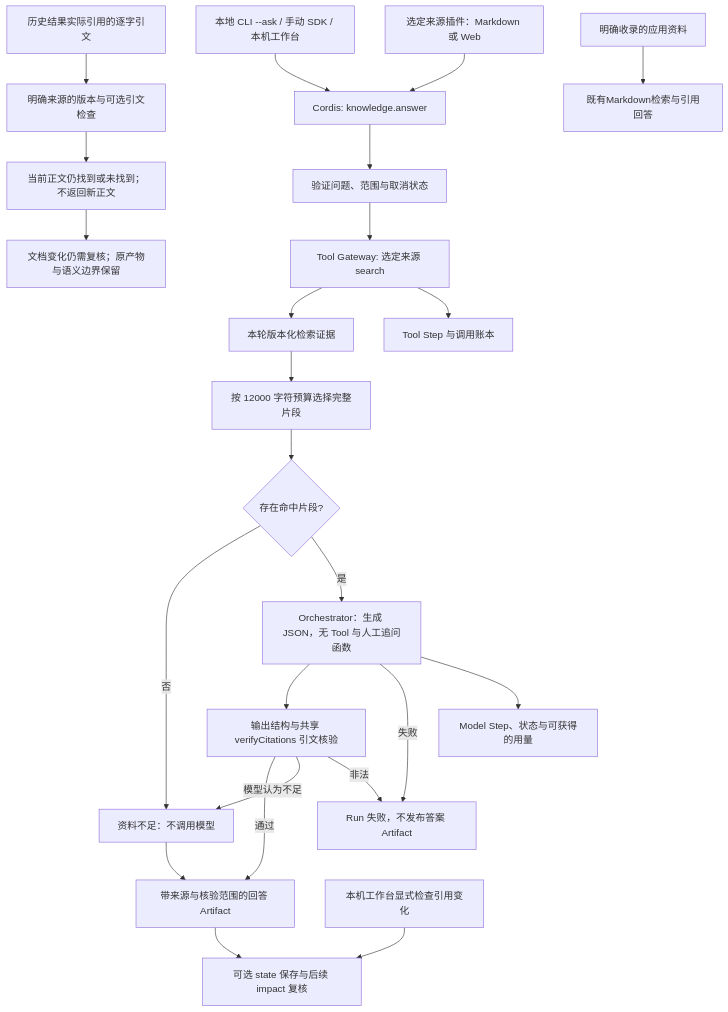
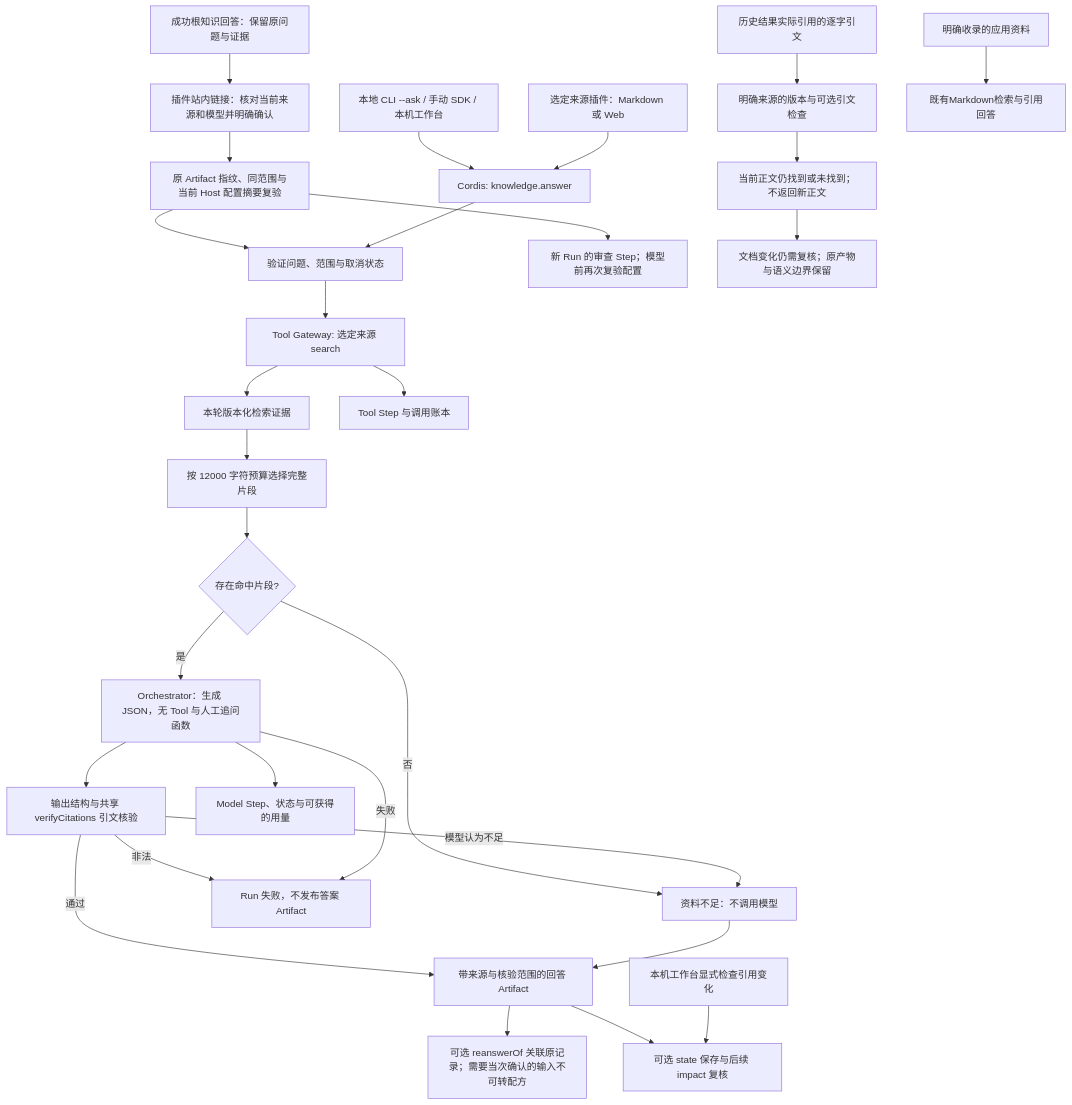
One commit to KlayPeter/AI-Delivery-Ops-Agent changed the first of 4 diagrams in backend/src/knowledge/answer/FEATURE.md. Above: the diagram before and after it, drawn with Mermaid. The commit also changed other lines of this file and 35 other files, not shown here.

````diff
--- a/backend/src/knowledge/answer/FEATURE.md
+++ b/backend/src/knowledge/answer/FEATURE.md
@@ -22,26 +22,31 @@
 ```mermaid
 flowchart TD
+    OLD_ANSWER[成功根知识回答：保留原问题与证据] --> REANSWER_FORM[插件站内链接：核对当前来源和模型并明确确认]
+    REANSWER_FORM --> REANSWER_GUARD[原 Artifact 指纹、同范围与当前 Host 配置摘要复验]
+    REANSWER_GUARD --> V
+    REANSWER_GUARD --> REANSWER_RECEIPT[新 Run 的审查 Step；模型前再次复验配置]
+    R --> REANSWER_LINEAGE[可选 reanswerOf 关联原记录；需要当次确认的输入不可转配方]
     QUOTED_HISTORY[历史结果实际引用的逐字引文] --> QUOTE_SOURCE[明确来源的版本与可选引文检查]
     QUOTE_SOURCE --> QUOTE_DETAIL[当前正文仍找到或未找到；不返回新正文]
     QUOTE_DETAIL --> QUOTE_REVIEW[文档变化仍需复核；原产物与语义边界保留]
     U[本地 CLI --ask / 手动 SDK / 本机工作台] --> P[Cordis: knowledge.answer]
     S[选定来源插件：Markdown 或 Web] --> P
     P --> V[验证问题、范围与取消状态]
     V --> T[Tool Gateway: 选定来源 search]
     T --> E[本轮版本化检索证据]
     E --> C[按 12000 字符预算选择完整片段]
     C --> N{存在命中片段?}
     N -- 否 --> A[资料不足：不调用模型]
     N -- 是 --> M[Orchestrator：生成 JSON，无 Tool 与人工追问函数]
     M --> K[输出结构与共享 verifyCitations 引文核验]
     R --> HI[可选 state 保存与后续 impact 复核]
     UI[本机工作台显式检查引用变化] --> HI
     K -- 通过 --> R[带来源与核验范围的回答 Artifact]
     K -- 模型认为不足 --> A
     K -- 非法 --> F[Run 失败，不发布答案 Artifact]
     M -- 失败 --> F
     T --> L[Tool Step 与调用账本]
     M --> L2[Model Step、状态与可获得的用量]
     A --> R
     KLIB[明确收录的应用资料] --> KLR[既有Markdown检索与引用回答]
 ```
````
